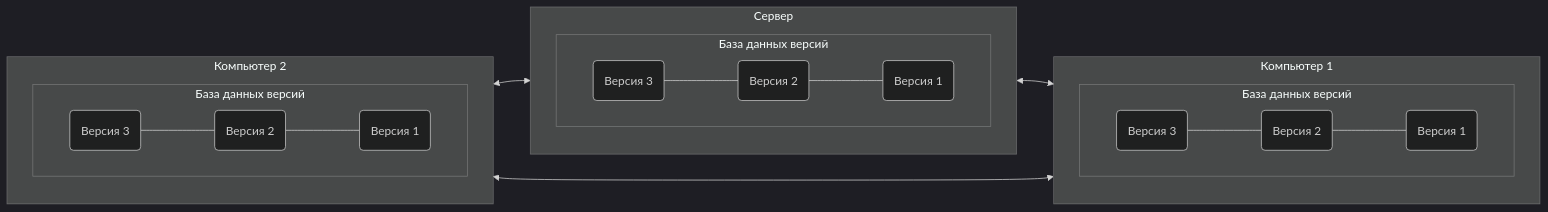
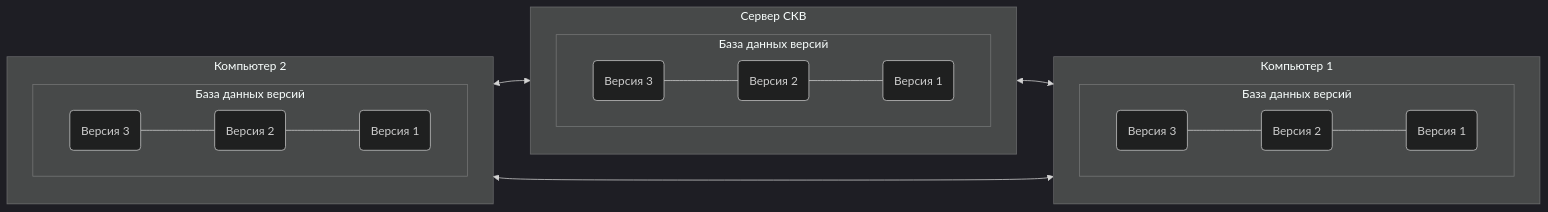
Before and after one commit to Metaraddin/kis_cm: the third of 11 diagrams in pract/pract9.md, drawn with Mermaid (dark theme). The commit also changed other lines of this file, not shown here.

````diff
--- a/pract/pract9.md
+++ b/pract/pract9.md
@@ -60,28 +61,28 @@
 ```mermaid
 flowchart LR
-subgraph server[Сервер]
+subgraph server[Сервер СКВ]
     subgraph dbs[База данных версий]
         v3dbs(Версия 3)
         --- v2dbs(Версия 2)
         --- v1dbs(Версия 1)
     end
 end
 
 subgraph pc1[Компьютер 1]
     subgraph db1[База данных версий]
         v3db1(Версия 3) 
         --- v2db1(Версия 2) 
         --- v1db1(Версия 1)
     end
 end
 
 subgraph pc2[Компьютер 2]
     subgraph db2[База данных версий]
         v3db2(Версия 3) 
         --- v2db2(Версия 2) 
         --- v1db2(Версия 1)
     end
 end
 
 server <--> pc1 <--> pc2 <--> server
 ```
````
